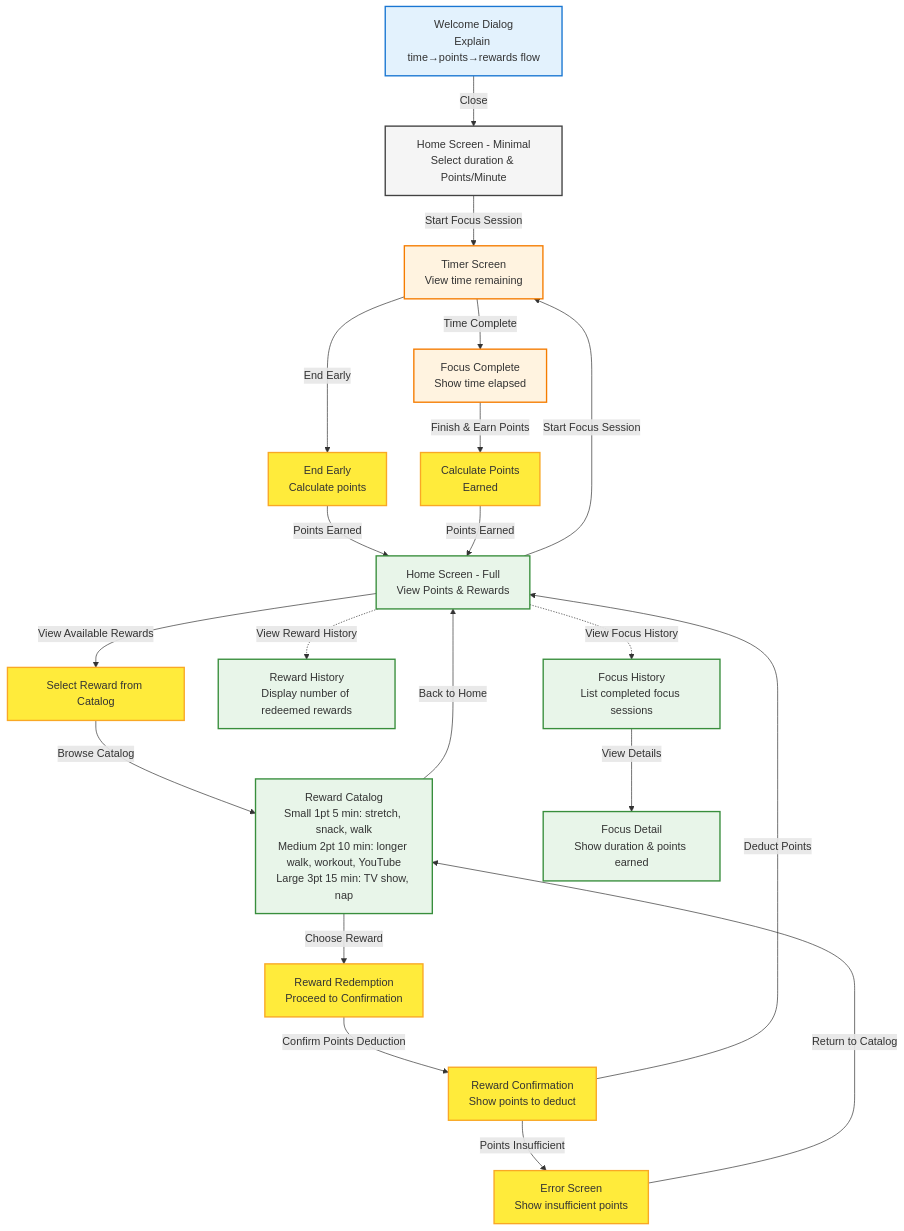
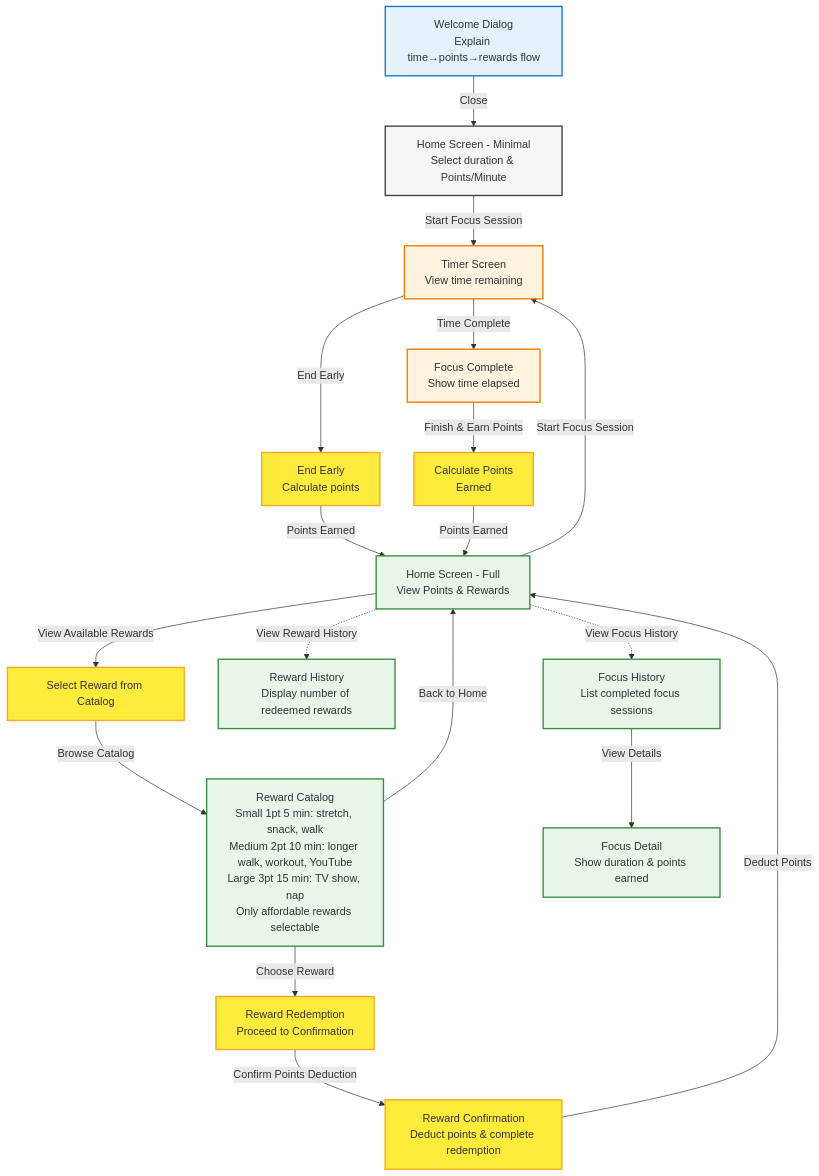
Before and after one commit to michellekli/PomoExchange: the diagram in design.md, drawn with Mermaid. The commit also changed other lines of this file, not shown here.

Commit message:
Remove need for error screen by handling reward affordability

````diff
--- a/design.md
+++ b/design.md
@@ -74,74 +76,69 @@
 ```mermaid
 flowchart TD
    %% Define styles
    classDef welcome fill:#e3f2fd,stroke:#1976d2,stroke-width:2px
    classDef homeMinimal fill:#f5f5f5,stroke:#424242,stroke-width:2px
    classDef timer fill:#fff3e0,stroke:#f57c00,stroke-width:2px
    classDef homeFull fill:#e8f5e9,stroke:#388e3c,stroke-width:2px
    classDef action fill:#ffeb3b,stroke:#f9a825,stroke-width:2px
 
    %% Welcome Dialog
    Welcome[Welcome Dialog<br/>Explain time→points→rewards flow]:::welcome
    Welcome -->|Close| HomeMinimal
 
    %% Home Screen - Minimal
    HomeMinimal[Home Screen - Minimal<br/>Select duration & Points/Minute]:::homeMinimal
    HomeMinimal -->|Start Focus Session| Timer
 
    %% Timer Screen
    Timer[Timer Screen<br/>View time remaining]:::timer
    Timer -->|End Early| EndEarly
    Timer -->|Time Complete| Complete
 
    %% End Early Path
    EndEarly[End Early<br/>Calculate points]:::action
    EndEarly -->|Points Earned| HomeFull
 
    %% Complete Path
    Complete[Focus Complete<br/>Show time elapsed]:::timer
    Complete -->|Finish & Earn Points| EarnPoints
 
    %% Earn Points Path
    EarnPoints[Calculate Points<br/>Earned]:::action
    EarnPoints -->|Points Earned| HomeFull
 
    %% Home Screen - Full
    HomeFull[Home Screen - Full<br/>View Points & Rewards]:::homeFull
    HomeFull -->|Start Focus Session| Timer
    HomeFull -->|View Available Rewards| RewardSelection
 
    %% Reward Selection Path
    RewardSelection[Select Reward from Catalog]:::action
    RewardSelection -->|Browse Catalog| RewardCatalog
 
    %% Reward Catalog
-   RewardCatalog[Reward Catalog<br/>Small 1pt 5 min: stretch, snack, walk<br/>Medium 2pt 10 min: longer walk, workout, YouTube<br/>Large 3pt 15 min: TV show, nap]:::homeFull
+   RewardCatalog[Reward Catalog<br/>Small 1pt 5 min: stretch, snack, walk<br/>Medium 2pt 10 min: longer walk, workout, YouTube<br/>Large 3pt 15 min: TV show, nap<br/>Only affordable rewards selectable]:::homeFull
    RewardCatalog -->|Choose Reward| RewardRedemption
    RewardCatalog -->|Back to Home| HomeFull
 
    %% Reward Redemption Path
    RewardRedemption[Reward Redemption<br/>Proceed to Confirmation]:::action
    RewardRedemption -->|Confirm Points Deduction| RewardConfirmation
 
    %% Reward Confirmation Path
-   RewardConfirmation[Reward Confirmation<br/>Show points to deduct]:::action
-   RewardConfirmation -->|Points Insufficient| ErrorScreen
+   RewardConfirmation[Reward Confirmation<br/>Deduct points & complete redemption]:::action
    RewardConfirmation -->|Deduct Points| HomeFull
-
-   %% Error Screen Path
-   ErrorScreen[Error Screen<br/>Show insufficient points]:::action
-   ErrorScreen -->|Return to Catalog| RewardCatalog
 
    %% Reward History
    HomeFull -.->|View Reward History| RewardHistory
    HomeFull -.->|View Focus History| FocusHistory
 
    %% Reward History
    RewardHistory[Reward History<br/>Display number of redeemed rewards]:::homeFull
 
    %% Focus History
    FocusHistory[Focus History<br/>List completed focus sessions]:::homeFull
    FocusHistory -->|View Details| FocusDetail
    FocusDetail[Focus Detail<br/>Show duration & points earned]:::homeFull
 
 ```
````
